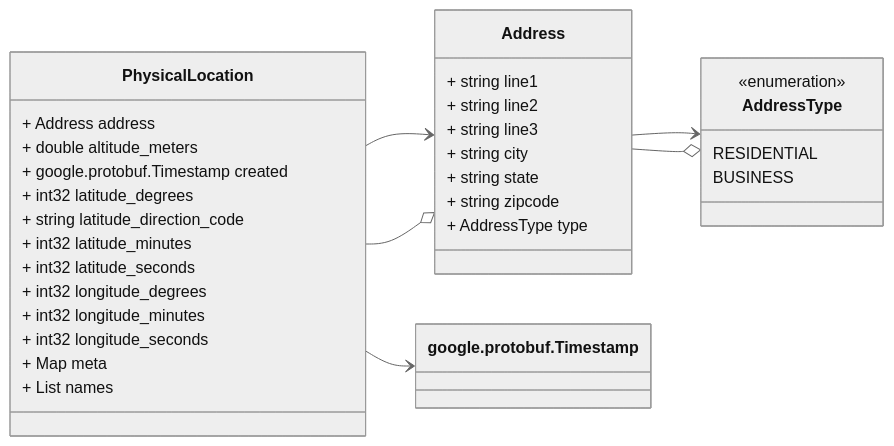
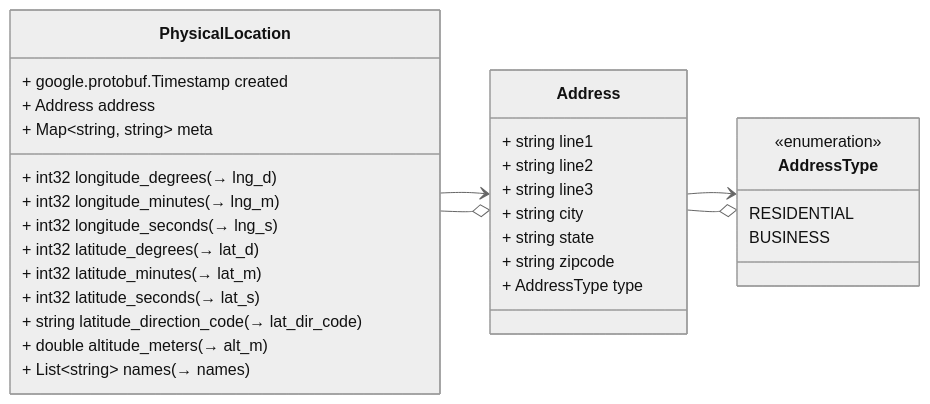
Before and after one commit to GoogleCloudPlatform/proto-gen-md-diagrams: the diagram in README.md, drawn with Mermaid (neutral theme). The commit also changed other lines of this file and 6 other files, not shown here.

````diff
--- a/README.md
+++ b/README.md
@@ -149,42 +156,44 @@
 ```mermaid
 classDiagram
 direction LR
 
 %% A physical location that can be described with either an address or a set of geo coordinates.
+
 class PhysicalLocation {
+  + google.protobuf.Timestamp created
   + Address address
-  + double altitude_meters
-  + google.protobuf.Timestamp created
-  + int32 latitude_degrees
-  + string latitude_direction_code
-  + int32 latitude_minutes
-  + int32 latitude_seconds
-  + int32 longitude_degrees
-  + int32 longitude_minutes
-  + int32 longitude_seconds
-  + Map<string,  string> meta
-  + List<string> names
+  + int32 longitude_degrees (→ lng_d)
+  + int32 longitude_minutes (→ lng_m)
+  + int32 longitude_seconds (→ lng_s)
+  + int32 latitude_degrees (→ lat_d)
+  + int32 latitude_minutes (→ lat_m)
+  + int32 latitude_seconds (→ lat_s)
+  + string latitude_direction_code (→ lat_dir_code)
+  + double altitude_meters (→ alt_m)
+  + Map~string,  string~ meta
+  + List~string~ names (→ names)
 }
 PhysicalLocation --> `Address`
-PhysicalLocation --> `google.protobuf.Timestamp`
 PhysicalLocation --o `Address`
 
 %% A postal address for the physical location.
+
 class Address {
   + string line1
   + string line2
   + string line3
   + string city
   + string state
   + string zipcode
   + AddressType type
 }
 Address --> `AddressType`
 Address --o `AddressType`
 %% Address type is used to identify the type of address.
+
 class AddressType{
   <<enumeration>>
   RESIDENTIAL
   BUSINESS
 }
 ```
````
